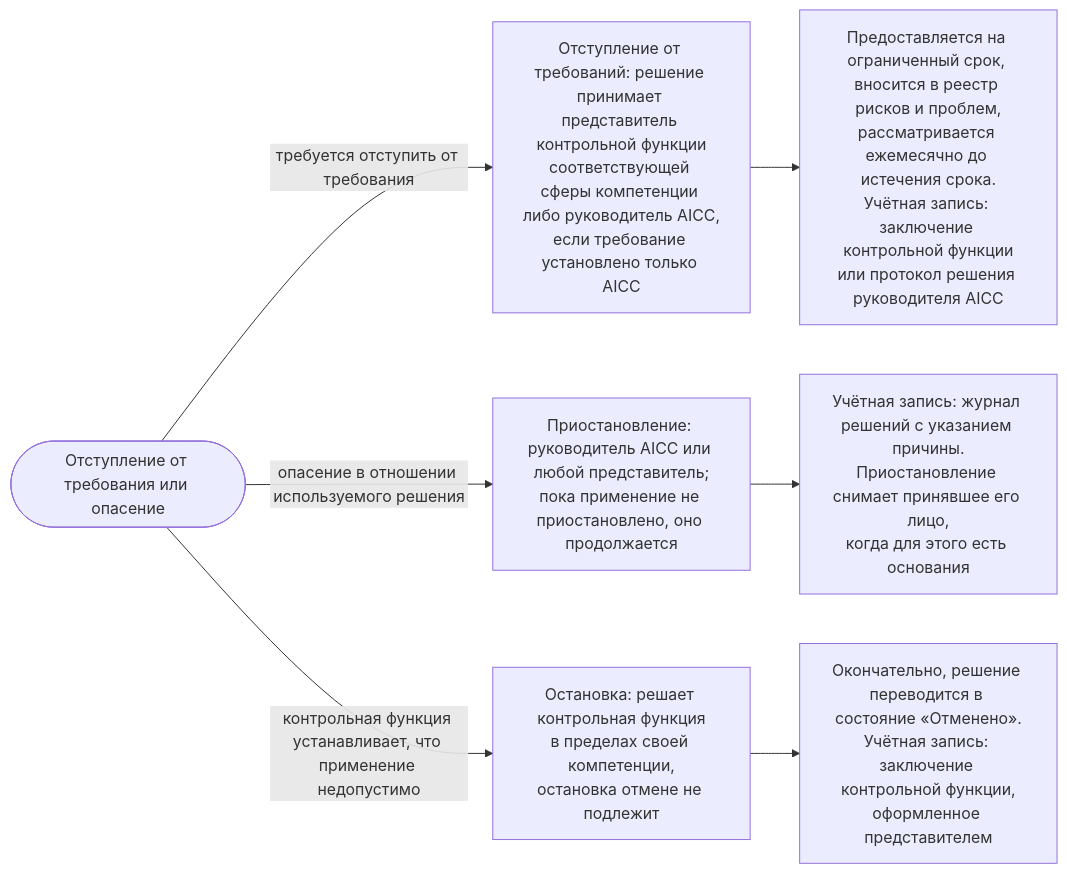
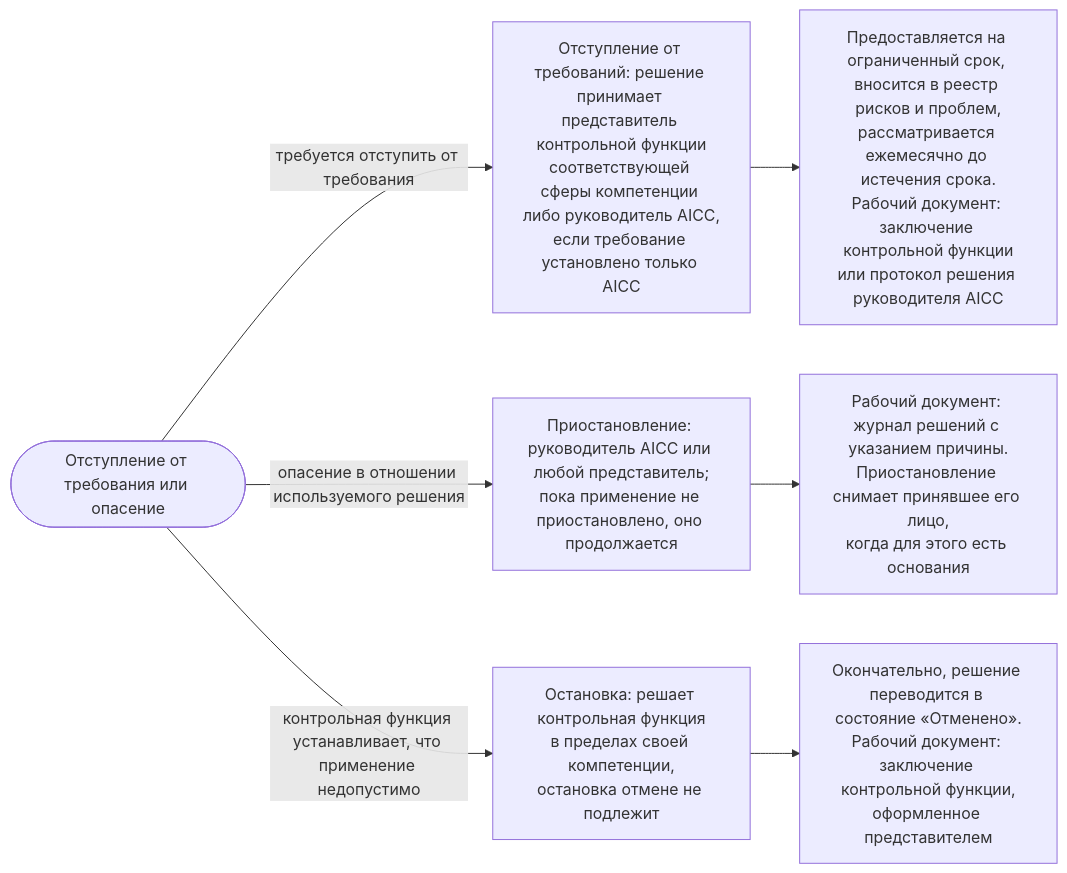
The third of 3 diagrams in charter/ru/workflows/ai-risk-control.md (devhogu/ob-aicc), drawn with Mermaid before and after one commit. The commit also changed other lines of this file and 300 other files, not shown here.

First line of the commit message:
Russian edition: a Record is «рабочий документ»; the charter's documents are «нормативные документы»

````diff
--- a/charter/ru/workflows/ai-risk-control.md
+++ b/charter/ru/workflows/ai-risk-control.md
@@ -95,10 +95,10 @@
 ```mermaid
 flowchart LR
   EV(["Отступление от требования или опасение"])
   EV -->|"требуется отступить от требования"| X1["Отступление от требований: решение принимает представитель контрольной функции<br/>соответствующей сферы компетенции либо руководитель AICC,<br/>если требование установлено только AICC"]
-  X1 --> X2["Предоставляется на ограниченный срок, вносится в реестр рисков и проблем,<br/>рассматривается ежемесячно до истечения срока.<br/>Учётная запись: заключение контрольной функции<br/>или протокол решения руководителя AICC"]
+  X1 --> X2["Предоставляется на ограниченный срок, вносится в реестр рисков и проблем,<br/>рассматривается ежемесячно до истечения срока.<br/>Рабочий документ: заключение контрольной функции<br/>или протокол решения руководителя AICC"]
   EV -->|"опасение в отношении используемого решения"| S1["Приостановление: руководитель AICC или любой представитель;<br/>пока применение не приостановлено, оно продолжается"]
-  S1 --> S2["Учётная запись: журнал решений с указанием причины.<br/>Приостановление снимает принявшее его лицо,<br/>когда для этого есть основания"]
+  S1 --> S2["Рабочий документ: журнал решений с указанием причины.<br/>Приостановление снимает принявшее его лицо,<br/>когда для этого есть основания"]
   EV -->|"контрольная функция устанавливает, что применение недопустимо"| T1["Остановка: решает контрольная функция<br/>в пределах своей компетенции,<br/>остановка отмене не подлежит"]
-  T1 --> T2["Окончательно, решение переводится в состояние «Отменено».<br/>Учётная запись: заключение контрольной функции,<br/>оформленное представителем"]
+  T1 --> T2["Окончательно, решение переводится в состояние «Отменено».<br/>Рабочий документ: заключение контрольной функции,<br/>оформленное представителем"]
 ```
````
